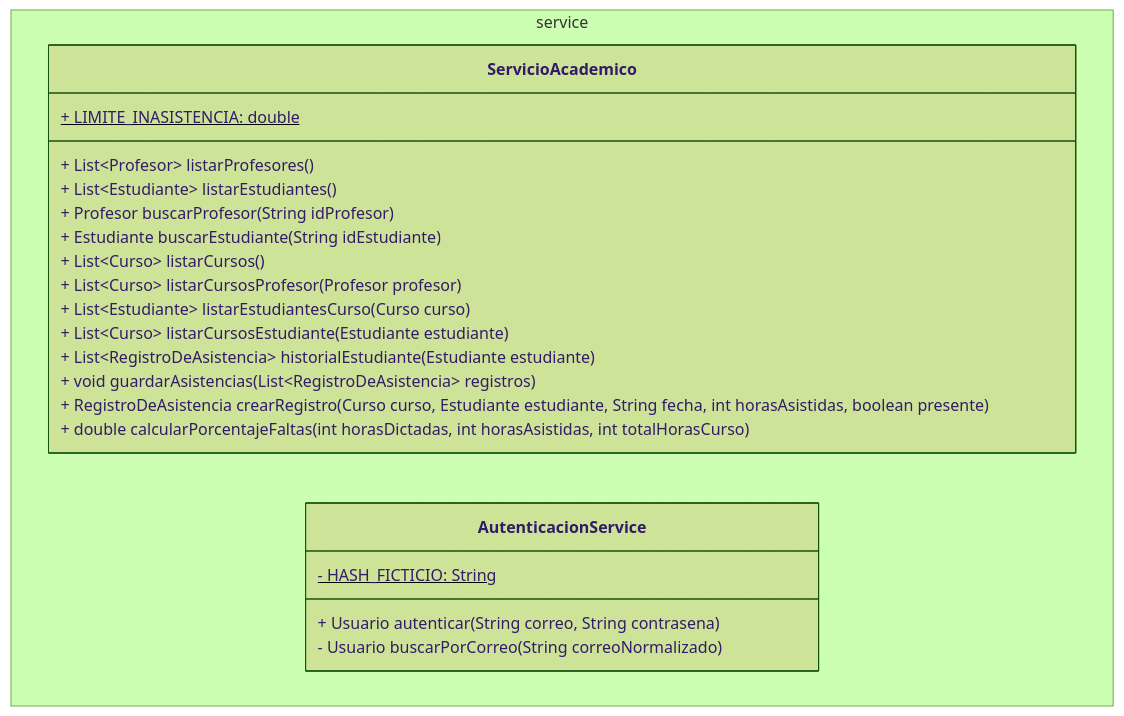
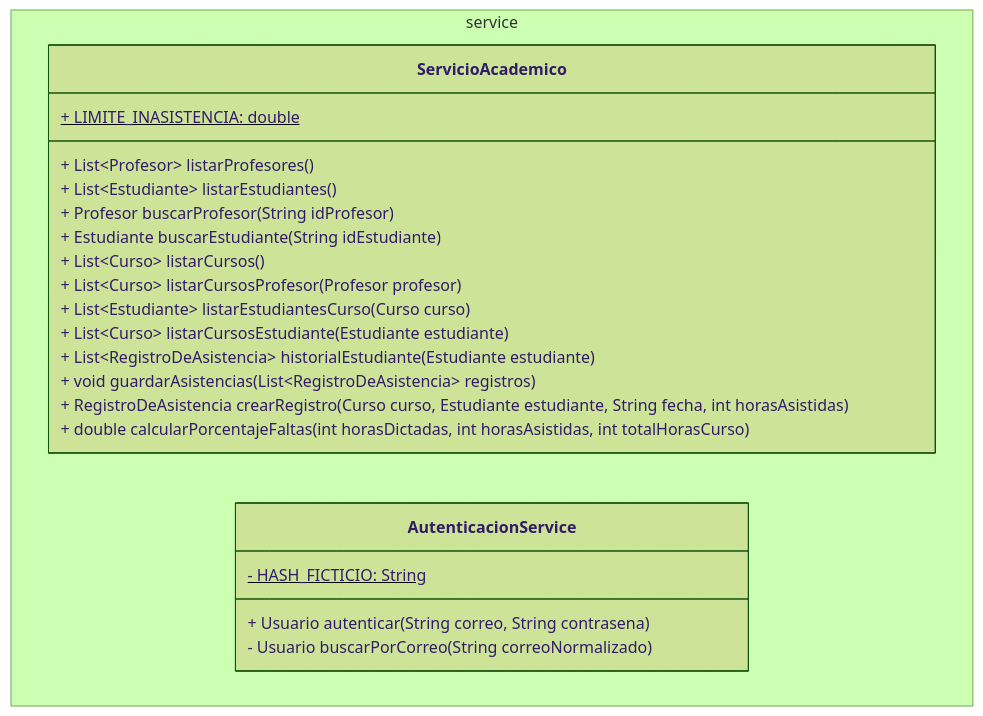
The diagram in docs/service/Service.mmd (Aireck2/take-attendance-java), drawn with Mermaid (forest theme) before and after one commit. The commit also changed 8 other files, not shown here.

```diff
--- a/docs/service/Service.mmd
+++ b/docs/service/Service.mmd
@@ -1,23 +1,23 @@
 classDiagram
     namespace service {
         class ServicioAcademico {
             + LIMITE_INASISTENCIA: double$
             + List~Profesor~ listarProfesores()
             + List~Estudiante~ listarEstudiantes()
             + Profesor buscarProfesor(String idProfesor)
             + Estudiante buscarEstudiante(String idEstudiante)
             + List~Curso~ listarCursos()
             + List~Curso~ listarCursosProfesor(Profesor profesor)
             + List~Estudiante~ listarEstudiantesCurso(Curso curso)
             + List~Curso~ listarCursosEstudiante(Estudiante estudiante)
             + List~RegistroDeAsistencia~ historialEstudiante(Estudiante estudiante)
             + void guardarAsistencias(List~RegistroDeAsistencia~ registros)
-            + RegistroDeAsistencia crearRegistro(Curso curso, Estudiante estudiante, String fecha, int horasAsistidas, boolean presente)
+            + RegistroDeAsistencia crearRegistro(Curso curso, Estudiante estudiante, String fecha, int horasAsistidas)
             + double calcularPorcentajeFaltas(int horasDictadas, int horasAsistidas, int totalHorasCurso)
         }
         class AutenticacionService {
             - HASH_FICTICIO: String$
             + Usuario autenticar(String correo, String contrasena)
             - Usuario buscarPorCorreo(String correoNormalizado)
         }
     }
```
